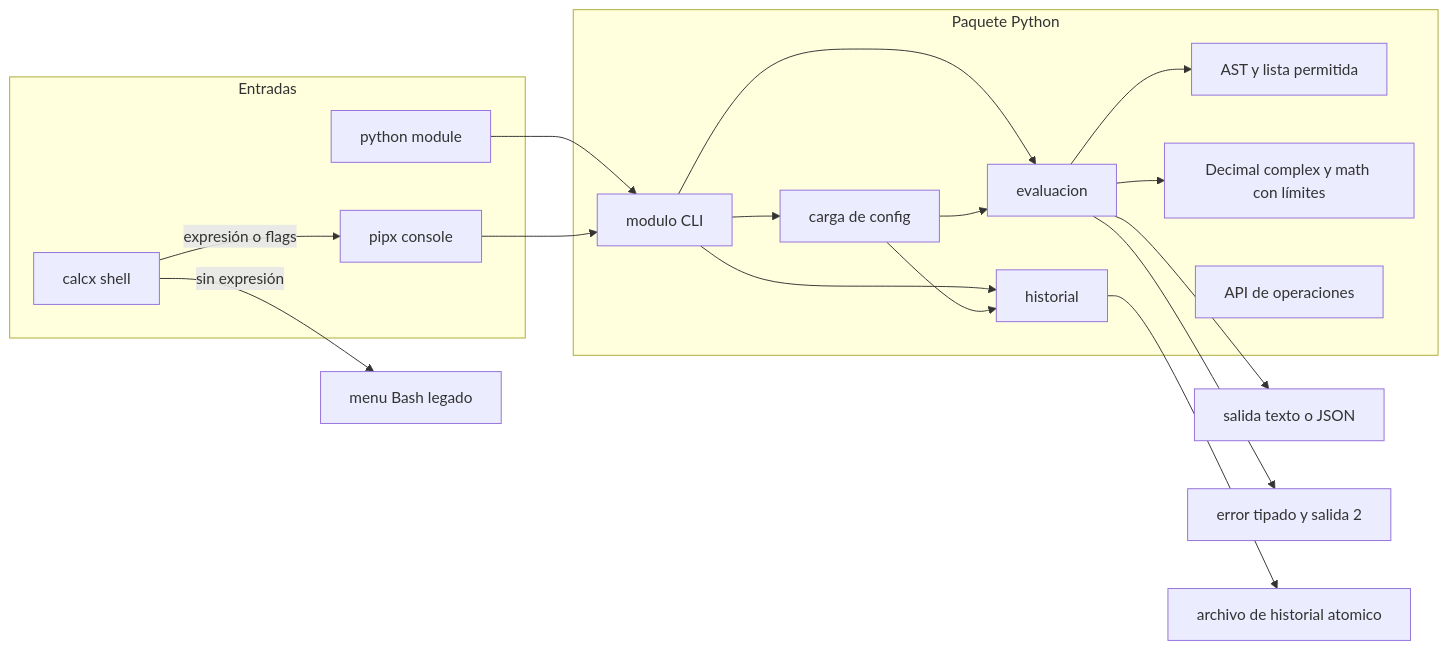
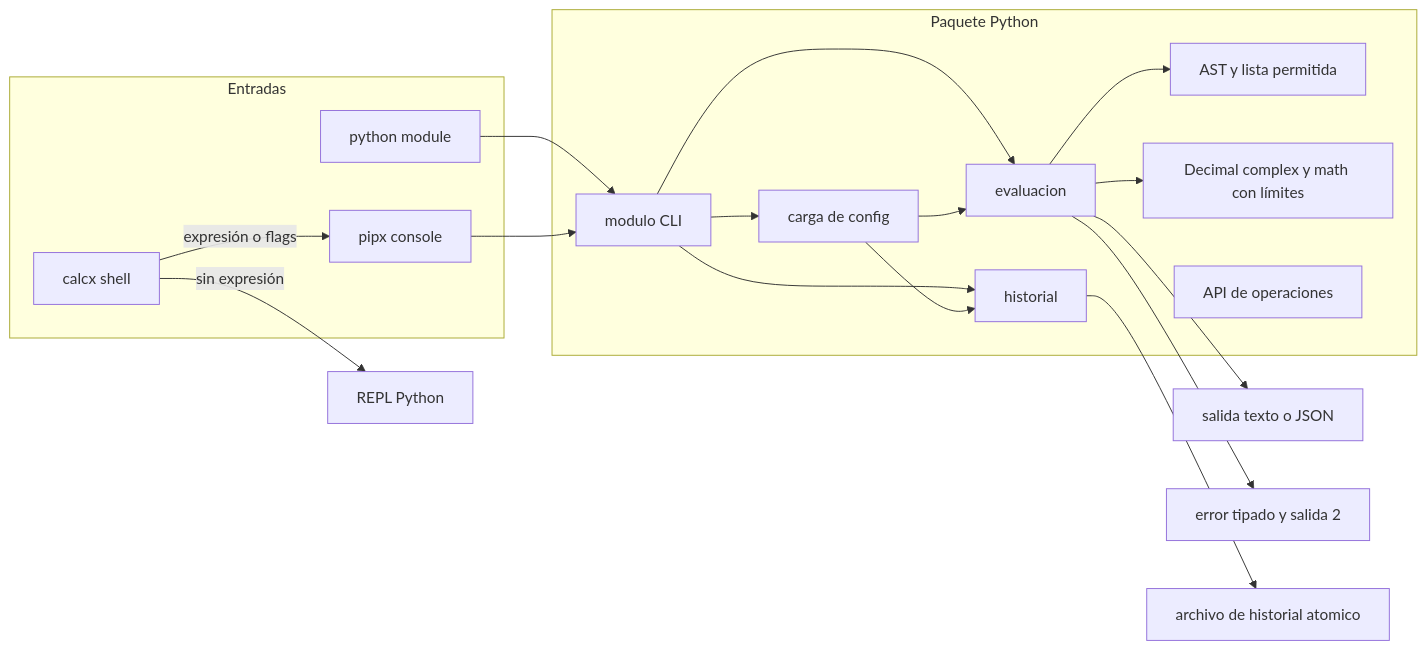
One commit to genesisgzdev/calcx-advanced changed the first of 2 diagrams in docs/ARCHITECTURE.md. Above: the diagram before and after it, drawn with Mermaid. The commit also changed other lines of this file and 20 other files, not shown here.

````diff
--- a/docs/ARCHITECTURE.md
+++ b/docs/ARCHITECTURE.md
@@ -11,25 +11,25 @@
-~~~mermaid
+```mermaid
 flowchart LR
     subgraph ENTRY[Entradas]
       SH[calcx shell]
       PM[python module]
       PX[pipx console]
     end
-    SH -->|sin expresión| MENU[menu Bash legado]
+    SH -->|sin expresión| REPL[REPL Python]
     SH -->|expresión o flags| PX
     PM --> CLI[modulo CLI]
     PX --> CLI
     subgraph PY[Paquete Python]
       CLI --> CFG[carga de config]
       CLI --> ENG[evaluacion]
       ENG --> AST[AST y lista permitida]
       ENG --> NUM[Decimal complex y math con límites]
       CLI --> HIST[historial]
       OPS[API de operaciones]
     end
     CFG --> ENG
     CFG --> HIST
     ENG --> OUT[salida texto o JSON]
     ENG --> ERR[error tipado y salida 2]
     HIST --> FILE[archivo de historial atomico]
-~~~
+```
````
